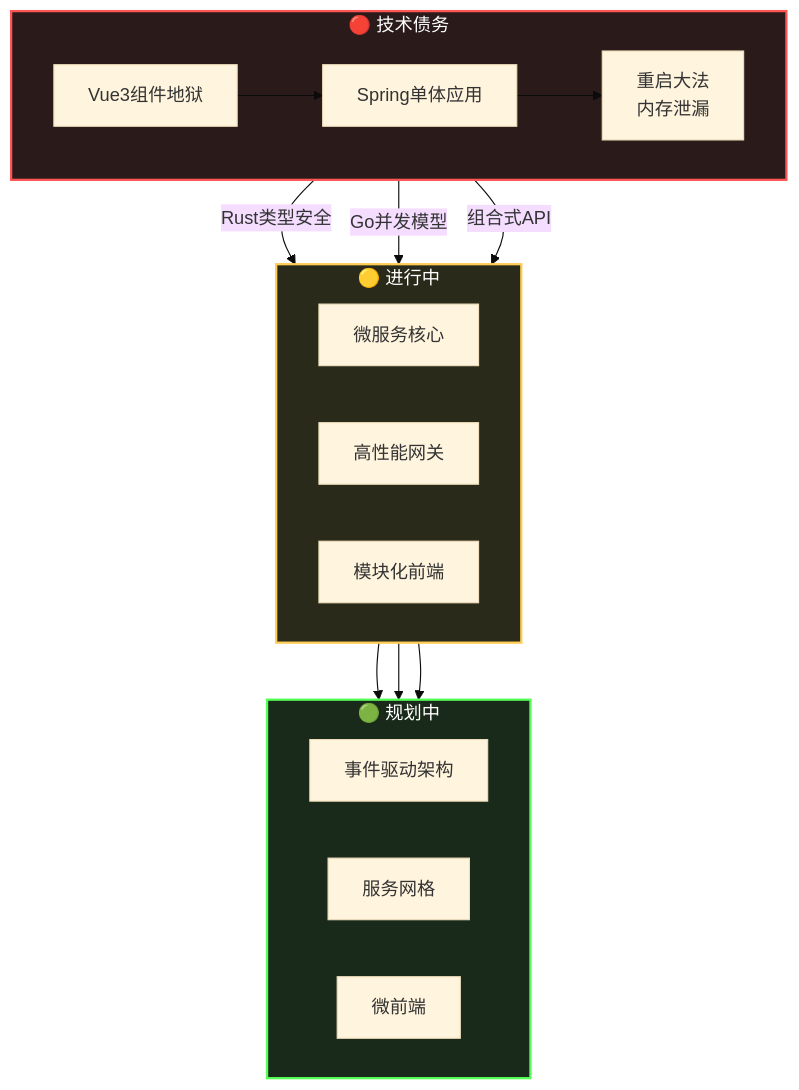
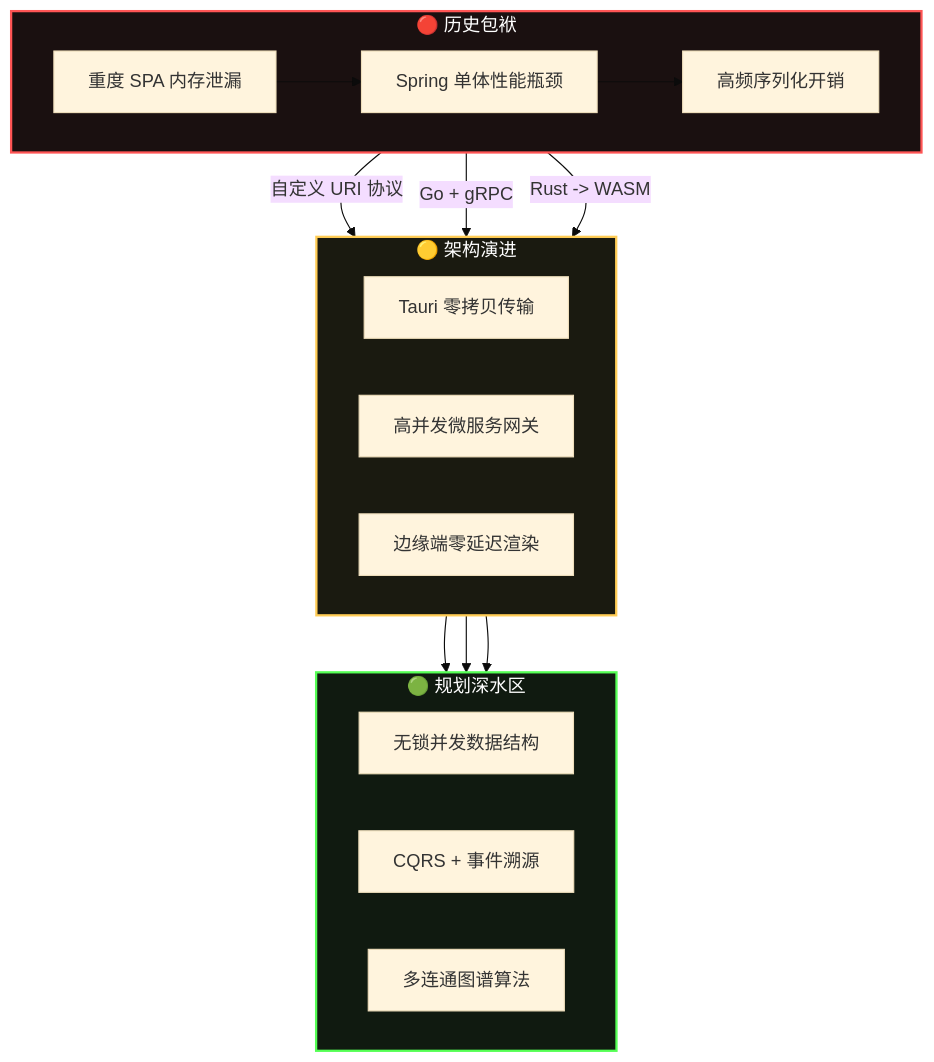
One commit to GuLuGuLu3399/GuLuGuLu3399 changed the diagram in README.md. Above: the diagram before and after it, drawn with Mermaid (base theme). The commit also changed other lines of this file, not shown here.

````diff
--- a/README.md
+++ b/README.md
@@ -72,26 +64,26 @@
 ```mermaid
 flowchart TD
-    subgraph 技术债务[🔴 技术债务]
+    subgraph 技术债务[🔴 历史包袱]
         direction LR
-        A[Vue3组件地狱] --> B[Spring单体应用]
-        B --> C[重启大法<br/>内存泄漏]
+        A[重度 SPA 内存泄漏] --> B[Spring 单体性能瓶颈]
+        B --> C[高频序列化开销]
     end
     
-    subgraph 进行中[🟡 进行中]
+    subgraph 核心重构[🟡 架构演进]
         direction LR
-        C -->|Rust类型安全| D[微服务核心]
-        B -->|Go并发模型| E[高性能网关]
-        A -->|组合式API| F[模块化前端]
+        C -->|自定义 URI 协议| D[Tauri 零拷贝传输]
+        B -->|Go + gRPC| E[高并发微服务网关]
+        A -->|Rust -> WASM| F[边缘端零延迟渲染]
     end
     
-    subgraph 规划中[🟢 规划中]
+    subgraph 探索前沿[🟢 规划深水区]
         direction LR
-        D --> G[事件驱动架构]
-        E --> H[服务网格]
-        F --> I[微前端]
+        D --> G[无锁并发数据结构]
+        E --> H[CQRS + 事件溯源]
+        F --> I[多连通图谱算法]
     end
     
-    style 技术债务 fill:#2a1a1a,stroke:#ff5555,stroke-width:2px,color:#fff
-    style 进行中 fill:#2a2a1a,stroke:#ffcc55,stroke-width:2px,color:#fff
-    style 规划中 fill:#1a2a1a,stroke:#55ff55,stroke-width:2px,color:#fff
+    style 技术债务 fill:#1a1010,stroke:#ff5555,stroke-width:2px,color:#fff
+    style 核心重构 fill:#1a1a10,stroke:#ffcc55,stroke-width:2px,color:#fff
+    style 探索前沿 fill:#101a10,stroke:#55ff55,stroke-width:2px,color:#fff
 ```
````
